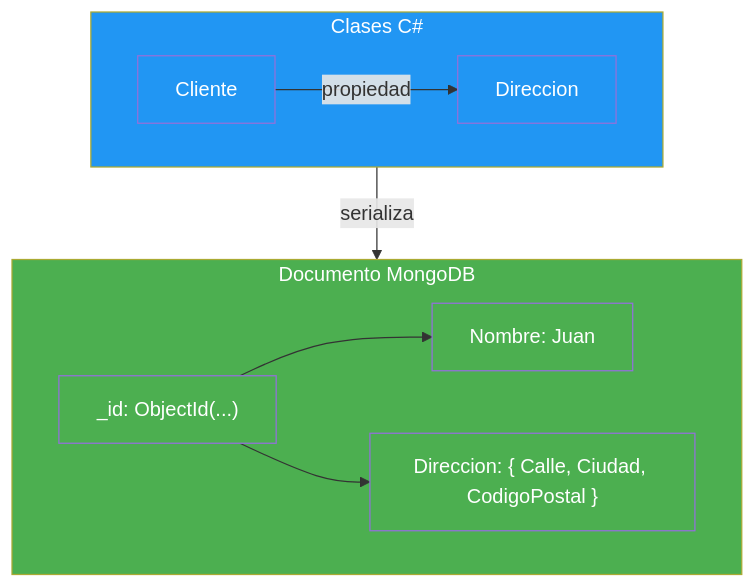
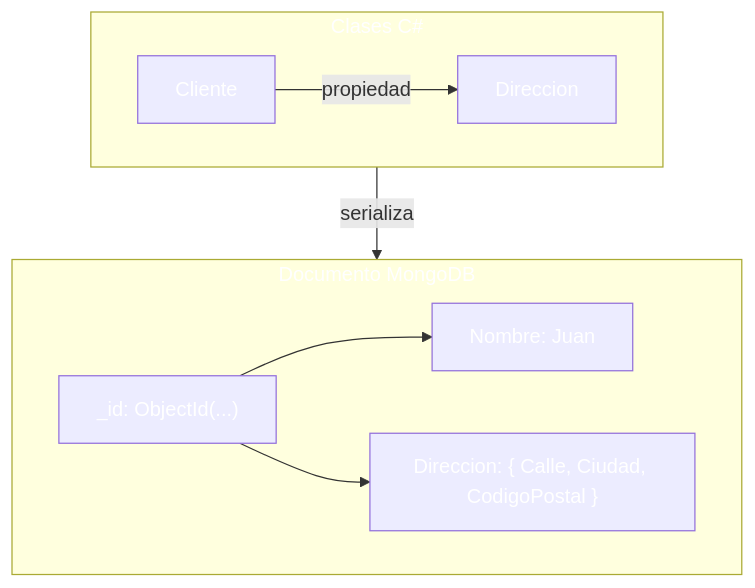
One commit to joseluisgs/DesarrolloWebEntornosServidor-02-2026-2027 changed the fifth of 8 diagrams in 13-mongodb.md. Above: the diagram before and after it, drawn with Mermaid. The commit also changed other lines of this file and 41 other files, not shown here.

````diff
--- a/13-mongodb.md
+++ b/13-mongodb.md
@@ -831,22 +831,22 @@
 ```mermaid
 graph TD
     subgraph CLASES["Clases C#"]
         C[Cliente] -->|propiedad| D[Direccion]
     end
 
     subgraph MONGO["Documento MongoDB"]
         M["_id: ObjectId(...)"]
         M --> N["Nombre: Juan"]
         M --> DIR["Direccion: { Calle, Ciudad, CodigoPostal }"]
     end
 
     CLASES -->|serializa| MONGO
 
-    style CLASES fill:#2196F3,color:#fff
-    style MONGO fill:#4CAF50,color:#fff
-    style C fill:#2196F3,color:#fff
-    style D fill:#2196F3,color:#fff
-    style M fill:#4CAF50,color:#fff
-    style N fill:#4CAF50,color:#fff
-    style DIR fill:#4CAF50,color:#fff
+    style CLASES fill:#2196F,color:#fff3,color:#fff
+    style MONGO fill:#4CAF5,color:#fff0,color:#fff
+    style C fill:#2196F,color:#fff3,color:#fff
+    style D fill:#2196F,color:#fff3,color:#fff
+    style M fill:#4CAF5,color:#fff0,color:#fff
+    style N fill:#4CAF5,color:#fff0,color:#fff
+    style DIR fill:#4CAF5,color:#fff0,color:#fff
 ```
````
